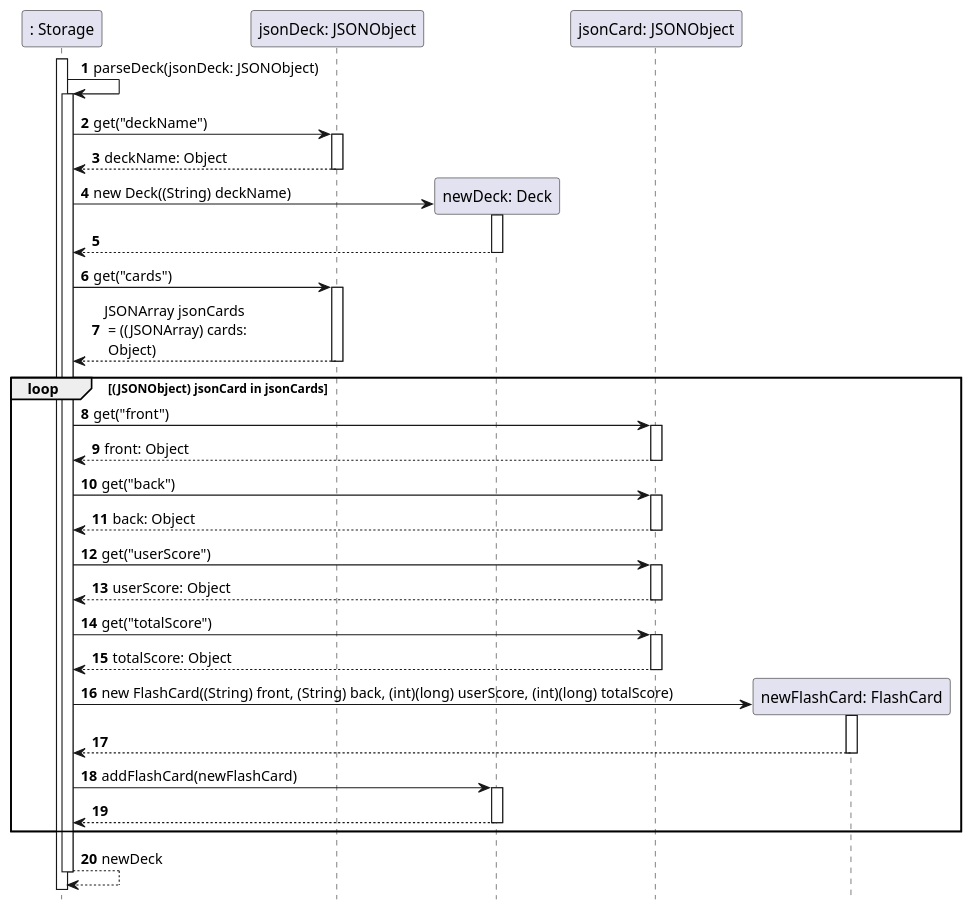
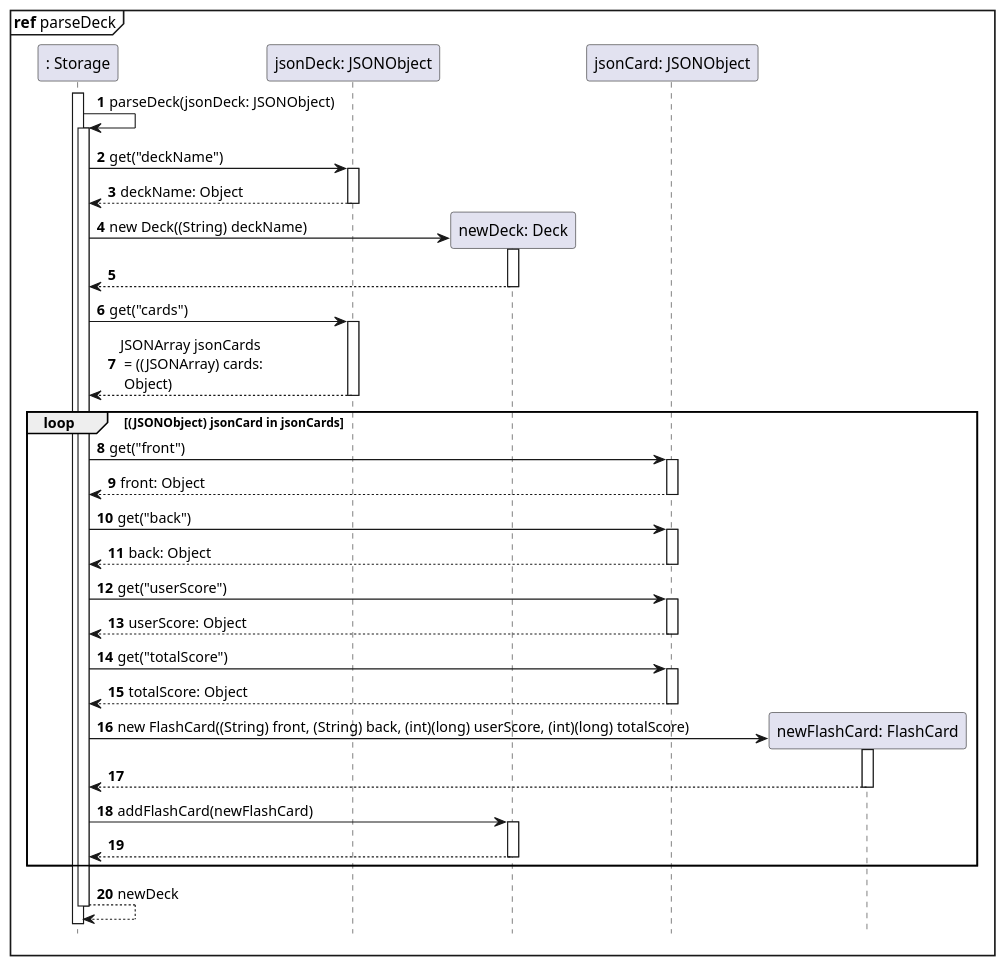
The diagram in docs/uml/parseDeckSeqDiagram.puml (xkisxk/tp), drawn with PlantUML before and after one commit. The commit also changed 3 other files, not shown here.

Commit message:
Added ref boxes to parseDeck and parseAnswerList seq diagrams

```diff
--- a/docs/uml/parseDeckSeqDiagram.puml
+++ b/docs/uml/parseDeckSeqDiagram.puml
@@ -1,77 +1,78 @@
 @startuml
 'https://plantuml.com/sequence-diagram
 
 participant ": Storage" as Store
 participant "jsonDeck: JSONObject" as jsonDeck
 participant "newDeck: Deck" as Deck
 participant "jsonCard: JSONObject" as jsonCard
 participant "newFlashCard: FlashCard" as Card
 autonumber
 hide footbox
 
+mainframe **ref** parseDeck
 activate Store
 
 Store->Store: parseDeck(jsonDeck: JSONObject)
 activate Store
 
 Store->jsonDeck: get("deckName")
 activate jsonDeck
 
 Store<--jsonDeck: deckName: Object
 deactivate jsonDeck
 
 Store->Deck**: new Deck((String) deckName)
 activate Deck
 
 Store<--Deck
 deactivate Deck
 
 Store->jsonDeck: get("cards")
 activate jsonDeck
 
 Store<--jsonDeck: JSONArray jsonCards\n = ((JSONArray) cards:\n Object)
 deactivate jsonDeck
 
 loop (JSONObject) jsonCard in jsonCards
 
 Store->jsonCard: get("front")
 activate jsonCard
 
 Store<--jsonCard: front: Object
 deactivate jsonCard
 
 Store->jsonCard: get("back")
 activate jsonCard
 
 Store<--jsonCard: back: Object
 deactivate jsonCard
 Store->jsonCard: get("userScore")
 activate jsonCard
 
 Store<--jsonCard: userScore: Object
 deactivate jsonCard
 
 Store->jsonCard: get("totalScore")
 activate jsonCard
 
 Store<--jsonCard: totalScore: Object
 deactivate jsonCard
 
 Store->Card**: new FlashCard((String) front, (String) back, (int)(long) userScore, (int)(long) totalScore)
 activate Card
 
 Store<--Card
 deactivate Card
 
 Store->Deck: addFlashCard(newFlashCard)
 activate Deck
 
 Store<--Deck
 deactivate Deck
 
 end
 
 Store-->Store: newDeck
 deactivate Store
 
 @enduml
```
